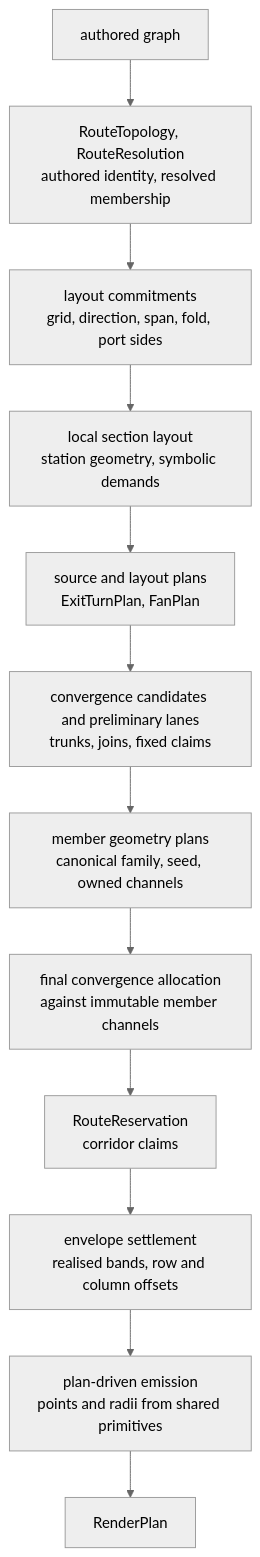
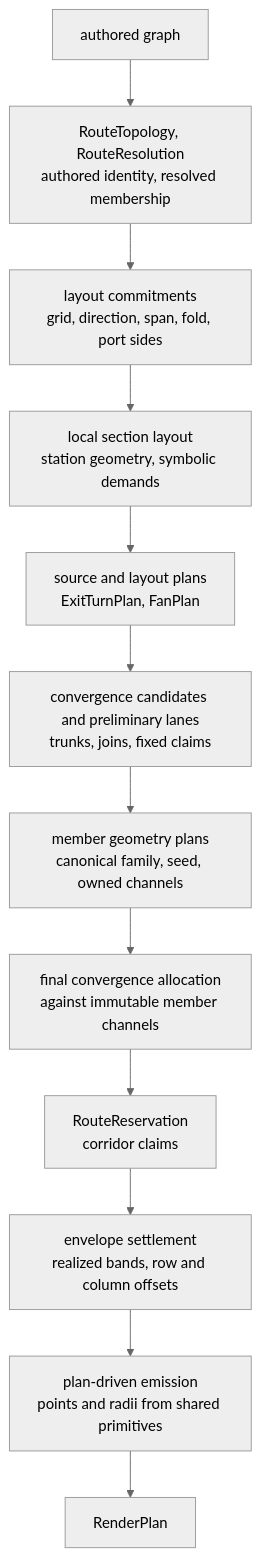
One commit to pinin4fjords/nf-metro changed the first of 3 diagrams in docs/dev/route_plan.mdx. Above: the diagram before and after it, drawn with Mermaid (neutral theme). The commit also changed other lines of this file and 25 other files, not shown here.

````diff
--- a/docs/dev/route_plan.mdx
+++ b/docs/dev/route_plan.mdx
@@ -29,17 +29,17 @@
 ```mermaid
 flowchart TD
     G["authored graph"]
     T["RouteTopology, RouteResolution<br/>authored identity, resolved membership"]
     C["layout commitments<br/>grid, direction, span, fold, port sides"]
     L["local section layout<br/>station geometry, symbolic demands"]
     P["source and layout plans<br/>ExitTurnPlan, FanPlan"]
     V["convergence candidates and preliminary lanes<br/>trunks, joins, fixed claims"]
     M["member geometry plans<br/>canonical family, seed, owned channels"]
     A["final convergence allocation<br/>against immutable member channels"]
     R["RouteReservation<br/>corridor claims"]
-    S["envelope settlement<br/>realised bands, row and column offsets"]
+    S["envelope settlement<br/>realized bands, row and column offsets"]
     E["plan-driven emission<br/>points and radii from shared primitives"]
     D["RenderPlan"]
 
     G --> T --> C --> L --> P --> V --> M --> A --> R --> S --> E --> D
 ```
````
